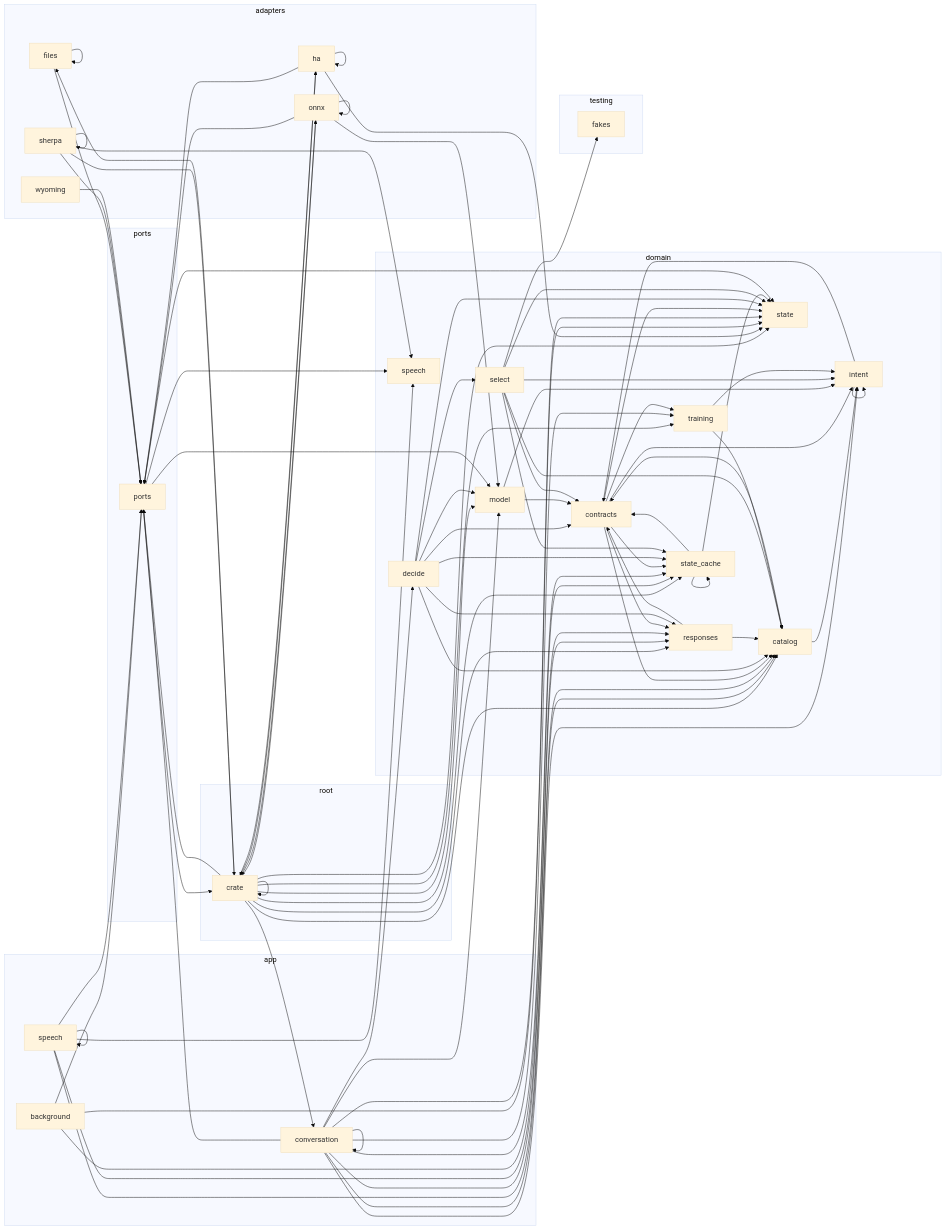
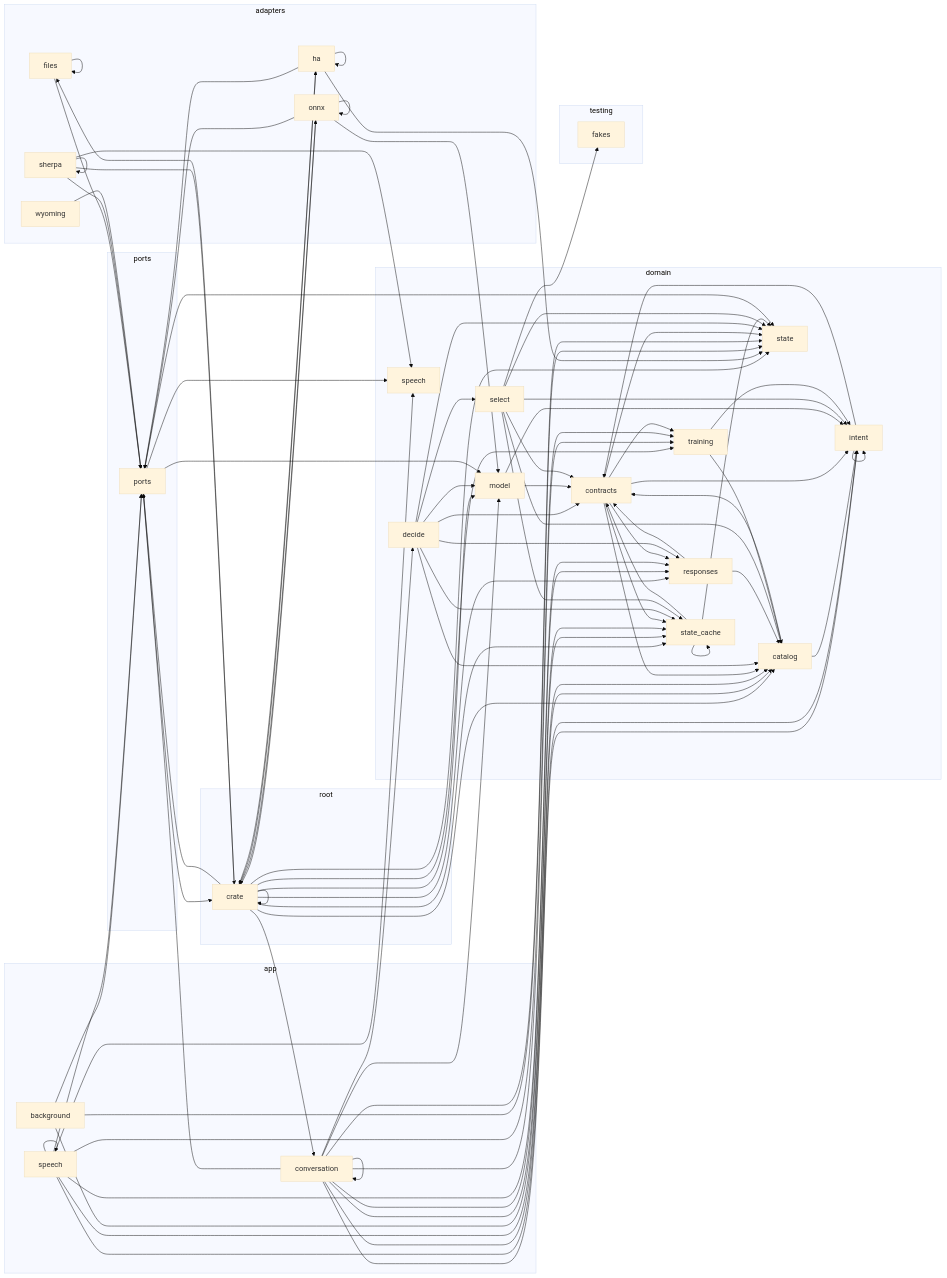
The diagram in docs/architecture.md (louislang/ha-jarvis), drawn with Mermaid (base theme) before and after one commit. The commit also changed 2 other files, not shown here.

Commit message:
6.8 Listen Use Case
This PR adds the `Listening` port and the `Listener` use case, which feed each audio chunk to the first pass and return the transcript as soon as the commit policy allows. Each changed, non-empty partial gets one speculative prediction in no context, so a confident command commits after `early_commit_ms` of silence and other text, or a failed prediction, commits after `endpoint_ms`.

```diff
--- a/docs/architecture.md
+++ b/docs/architecture.md
@@ -80,8 +80,10 @@
     crate_app_conversation --> crate_ports
     crate_app_speech --> crate_app_speech
     crate_app_speech --> crate_domain_catalog
+    crate_app_speech --> crate_domain_intent
     crate_app_speech --> crate_domain_responses
     crate_app_speech --> crate_domain_speech
+    crate_app_speech --> crate_domain_training
     crate_app_speech --> crate_ports
     crate_domain_catalog --> crate_domain_contracts
     crate_domain_catalog --> crate_domain_intent
```
